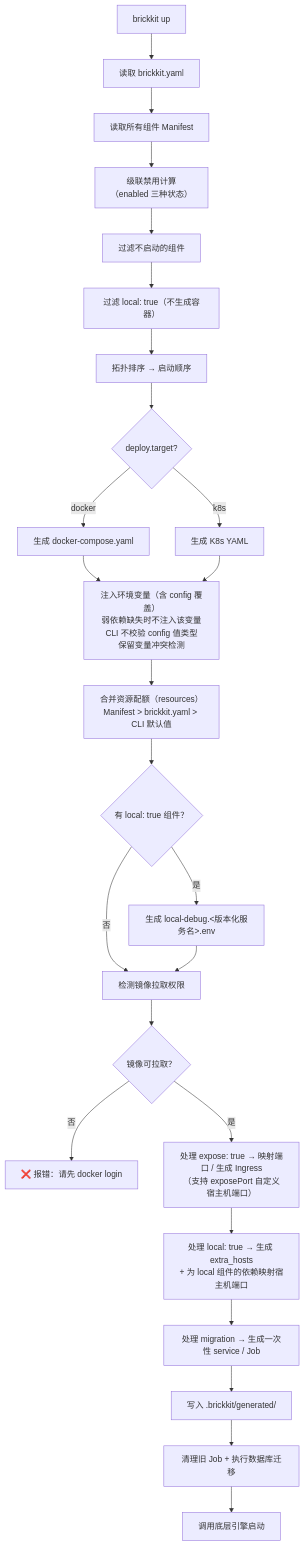
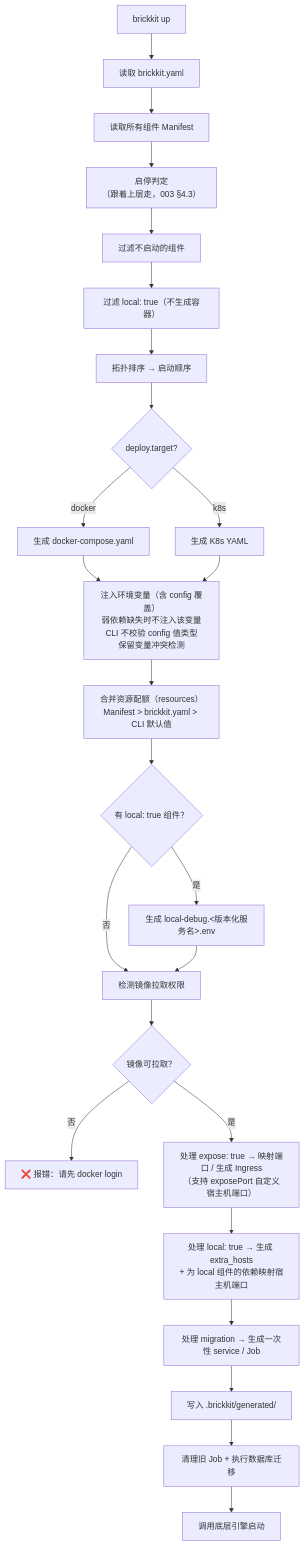
One commit to brickKit/brickKit changed the second of 9 diagrams in design/005-部署与运行规范.md. Above: the diagram before and after it, drawn with Mermaid. The commit also changed other lines of this file and 52 other files, not shown here.

````diff
--- a/design/005-部署与运行规范.md
+++ b/design/005-部署与运行规范.md
@@ -158,27 +158,27 @@
 ```mermaid
 flowchart TD
        A["brickkit up"] --> B["读取 brickkit.yaml"]
        B --> C["读取所有组件 Manifest"]
-       C --> D["级联禁用计算<br/>（enabled 三种状态）"]
+       C --> D["启停判定<br/>（跟着上层走，003 §4.3）"]
        D --> E["过滤不启动的组件"]
        E --> F["过滤 local: true（不生成容器）"]
        F --> G["拓扑排序 → 启动顺序"]
        G --> H{"deploy.target?"}
        H -->|docker| I["生成 docker-compose.yaml"]
        H -->|k8s| J["生成 K8s YAML"]
        I --> K["注入环境变量（含 config 覆盖）<br/>弱依赖缺失时不注入该变量<br/>CLI 不校验 config 值类型<br/>保留变量冲突检测"]
        J --> K
        K --> R["合并资源配额（resources）<br/>Manifest > brickkit.yaml > CLI 默认值"]
        R --> LD{"有 local: true 组件？"}
        LD -->|是| LD1["生成 local-debug.<版本化服务名>.env"]
        LD -->|否| M
        LD1 --> M["检测镜像拉取权限"]
        M --> M1{"镜像可拉取？"}
        M1 -->|否| M2["❌ 报错：请先 docker login"]
        M1 -->|是| N["处理 expose: true → 映射端口 / 生成 Ingress<br/>（支持 exposePort 自定义宿主机端口）"]
        N --> O["处理 local: true → 生成 extra_hosts<br/>+ 为 local 组件的依赖映射宿主机端口"]
        O --> P["处理 migration → 生成一次性 service / Job"]
        P --> Q["写入 .brickkit/generated/"]
        Q --> S["清理旧 Job + 执行数据库迁移"]
        S --> T["调用底层引擎启动"]
 ```
````
